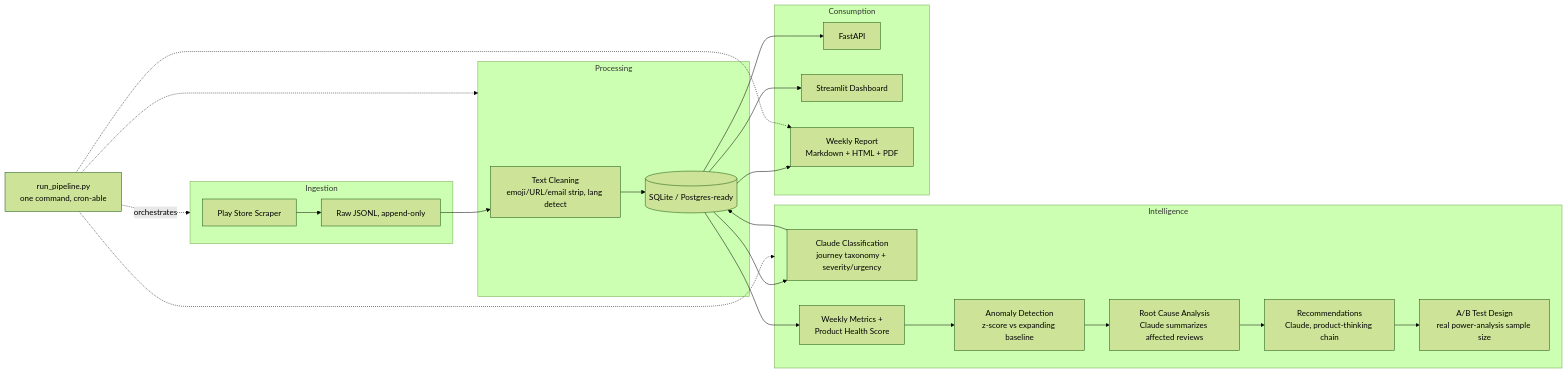
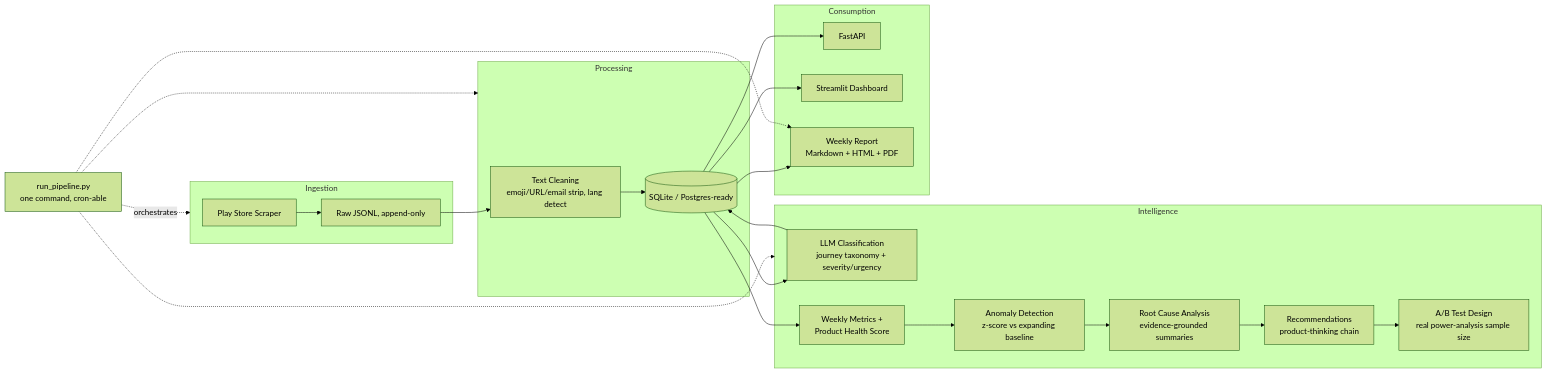
One commit to ArjunSahu123/voc-intelligence-platform changed the diagram in README.md. Above: the diagram before and after it, drawn with Mermaid (forest theme). The commit also changed other lines of this file, not shown here.

First line of the commit message:
Rewrite README for a Product Analyst audience, not an engineering audience

````diff
--- a/README.md
+++ b/README.md
@@ -27,28 +97,28 @@
 ```mermaid
 flowchart LR
     subgraph Ingestion
         A[Play Store Scraper] --> B[Raw JSONL, append-only]
     end
     subgraph Processing
         B --> C[Text Cleaning<br/>emoji/URL/email strip, lang detect]
         C --> D[(SQLite / Postgres-ready)]
     end
     subgraph Intelligence
-        D --> E[Claude Classification<br/>journey taxonomy + severity/urgency]
+        D --> E[LLM Classification<br/>journey taxonomy + severity/urgency]
         E --> D
         D --> F[Weekly Metrics +<br/>Product Health Score]
         F --> G[Anomaly Detection<br/>z-score vs expanding baseline]
-        G --> H[Root Cause Analysis<br/>Claude summarizes affected reviews]
-        H --> I[Recommendations<br/>Claude, product-thinking chain]
+        G --> H[Root Cause Analysis<br/>evidence-grounded summaries]
+        H --> I[Recommendations<br/>product-thinking chain]
         I --> J[A/B Test Design<br/>real power-analysis sample size]
     end
     subgraph Consumption
         D --> K[FastAPI]
         D --> L[Streamlit Dashboard]
         D --> M[Weekly Report<br/>Markdown + HTML + PDF]
     end
     N[run_pipeline.py<br/>one command, cron-able] -.orchestrates.-> Ingestion
     N -.-> Processing
     N -.-> Intelligence
     N -.-> M
 ```
````
